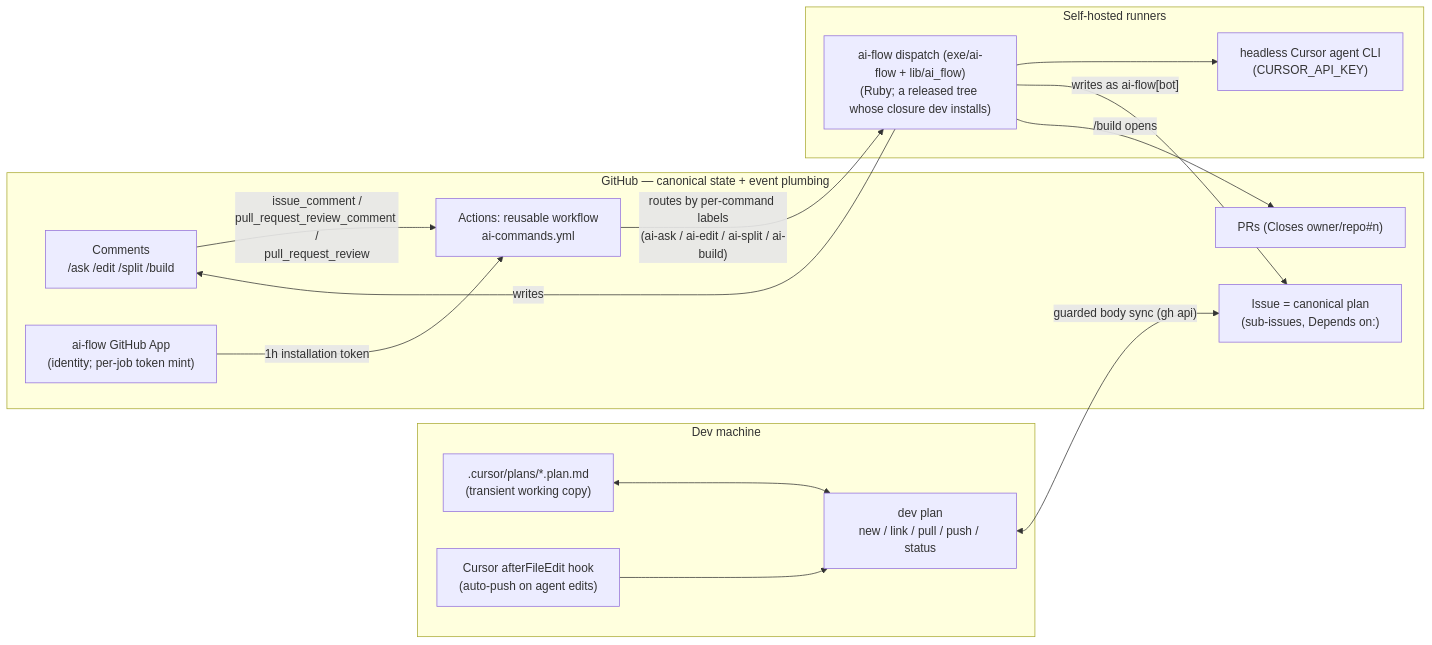
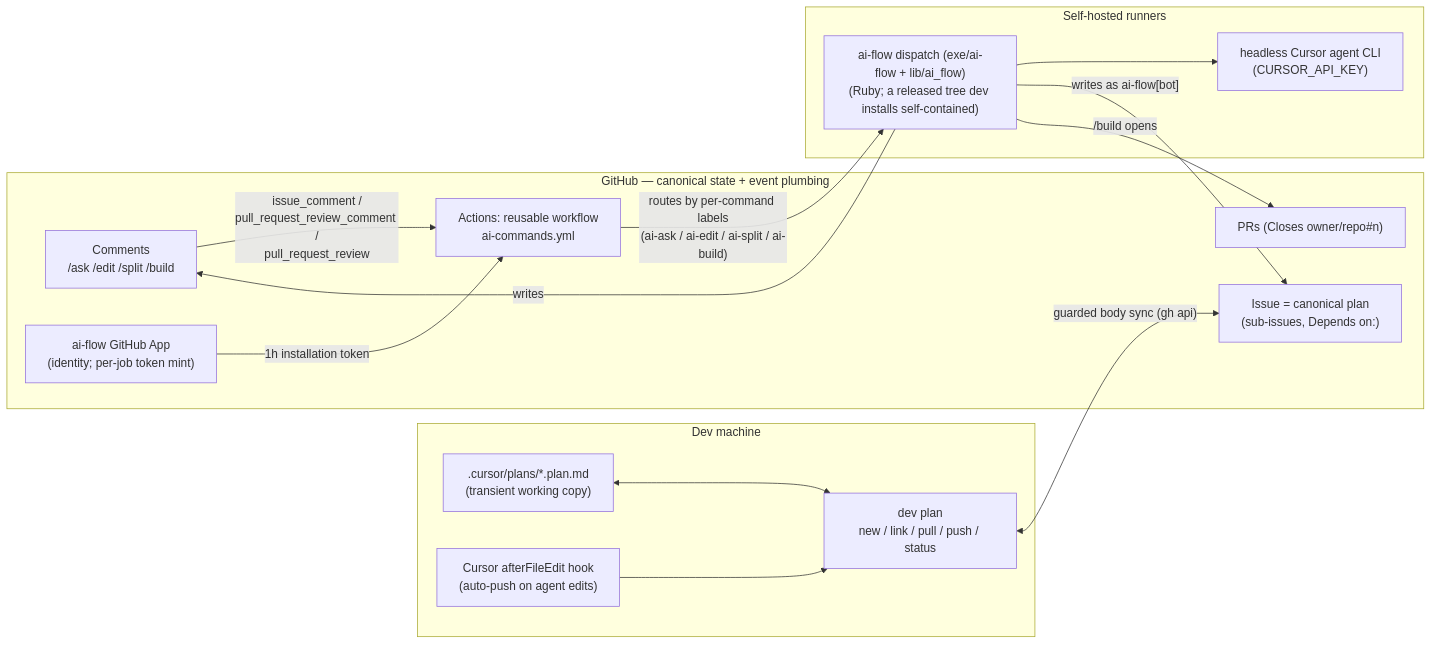
The first of 7 diagrams in docs/architecture.md (d3mlabs/ai-flow), drawn with Mermaid before and after one commit. The commit also changed other lines of this file and 7 other files, not shown here.

Commit message:
ai-flow /build: apply the review: trim bin/install and the dev.yml target co

````diff
--- a/docs/architecture.md
+++ b/docs/architecture.md
@@ -17,32 +17,32 @@
 ```mermaid
 flowchart LR
     subgraph localZone [Dev machine]
         planFile[".cursor/plans/*.plan.md<br/>(transient working copy)"]
         devPlan["dev plan<br/>new / link / pull / push / status"]
         hook["Cursor afterFileEdit hook<br/>(auto-push on agent edits)"]
     end
 
     subgraph githubZone [GitHub — canonical state + event plumbing]
         issue["Issue = canonical plan<br/>(sub-issues, Depends on:)"]
         comments["Comments<br/>/ask /edit /split /build"]
         pr["PRs (Closes owner/repo#n)"]
         actions["Actions: reusable workflow<br/>ai-commands.yml"]
         app["ai-flow GitHub App<br/>(identity; per-job token mint)"]
     end
 
     subgraph runnerZone [Self-hosted runners]
-        dispatcher["ai-flow dispatch (exe/ai-flow + lib/ai_flow)<br/>(Ruby; a released tree whose closure dev installs)"]
+        dispatcher["ai-flow dispatch (exe/ai-flow + lib/ai_flow)<br/>(Ruby; a released tree dev installs self-contained)"]
         agentCli["headless Cursor agent CLI<br/>(CURSOR_API_KEY)"]
     end
 
     planFile <--> devPlan
     hook --> devPlan
     devPlan <-->|"guarded body sync (gh api)"| issue
     comments -->|"issue_comment /<br/>pull_request_review_comment /<br/>pull_request_review"| actions
     actions -->|"routes by per-command labels<br/>(ai-ask / ai-edit / ai-split / ai-build)"| dispatcher
     app -->|"1h installation token"| actions
     dispatcher --> agentCli
     dispatcher -->|"writes as ai-flow[bot]"| issue
     dispatcher -->|writes| comments
     dispatcher -->|"/build opens"| pr
 ```
````
